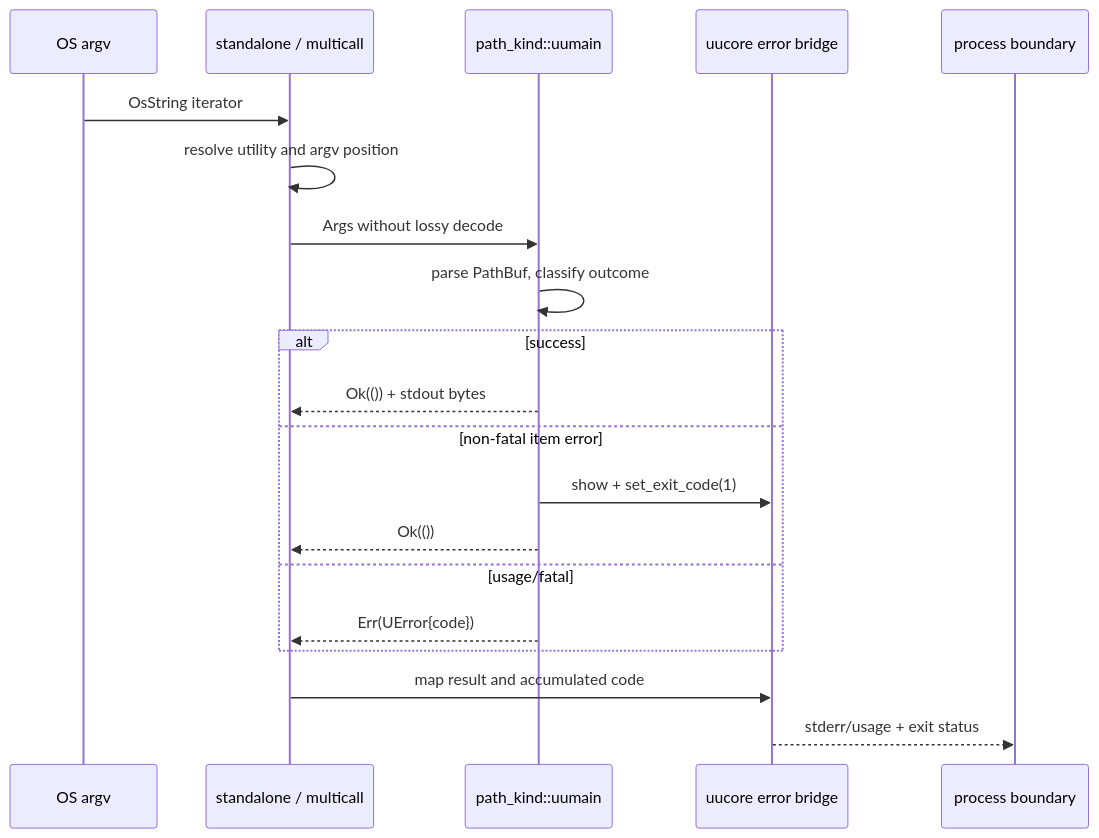
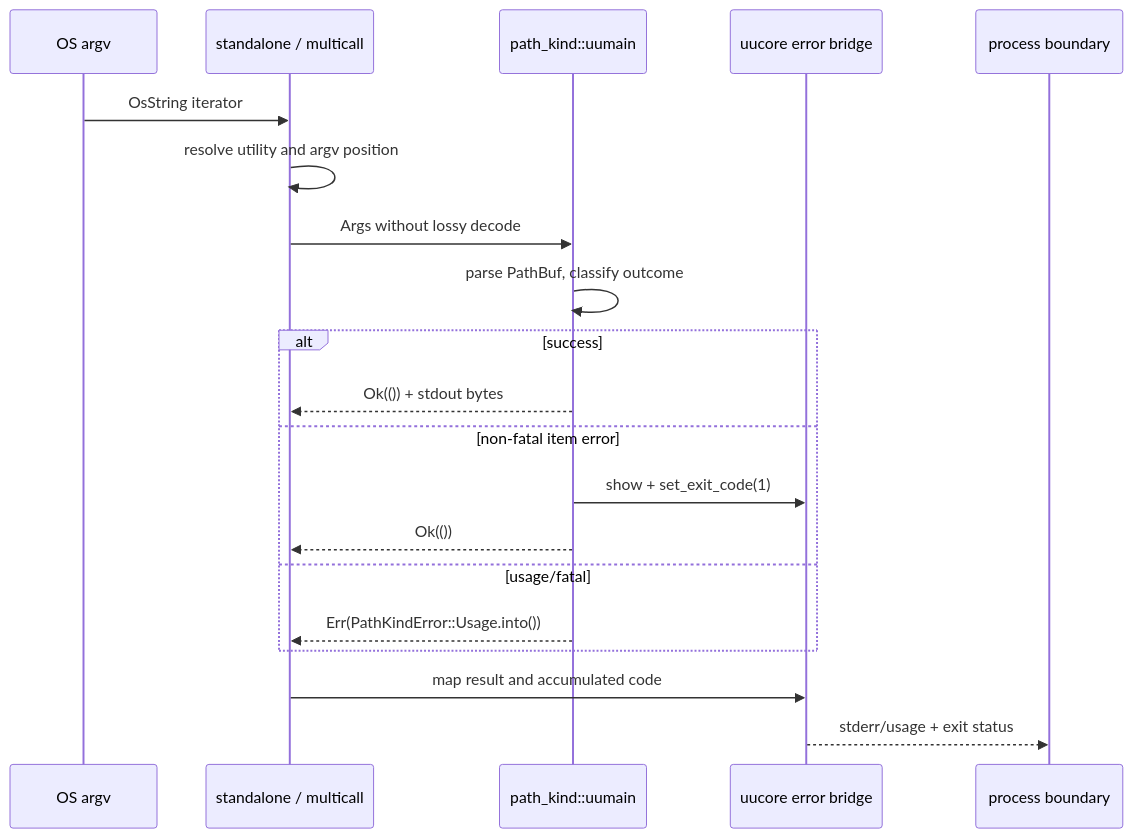
One commit to ZhangHanDong/coreutils changed the second of 2 diagrams in book/src/part2/ch05-rust-skeleton.md. Above: the diagram before and after it, drawn with Mermaid. The commit also changed other lines of this file and 2 other files, not shown here.

````diff
--- a/book/src/part2/ch05-rust-skeleton.md
+++ b/book/src/part2/ch05-rust-skeleton.md
@@ -94,22 +94,22 @@
 ```mermaid
 sequenceDiagram
     participant OS as OS argv
     participant Entry as standalone / multicall
     participant Util as path_kind::uumain
     participant Core as uucore error bridge
     participant Proc as process boundary
     OS->>Entry: OsString iterator
     Entry->>Entry: resolve utility and argv position
     Entry->>Util: Args without lossy decode
     Util->>Util: parse PathBuf, classify outcome
     alt success
         Util-->>Entry: Ok(()) + stdout bytes
     else non-fatal item error
         Util->>Core: show + set_exit_code(1)
         Util-->>Entry: Ok(())
     else usage/fatal
-        Util-->>Entry: Err(UError{code})
+        Util-->>Entry: Err(PathKindError::Usage.into())
     end
     Entry->>Core: map result and accumulated code
     Core-->>Proc: stderr/usage + exit status
 ```
````
